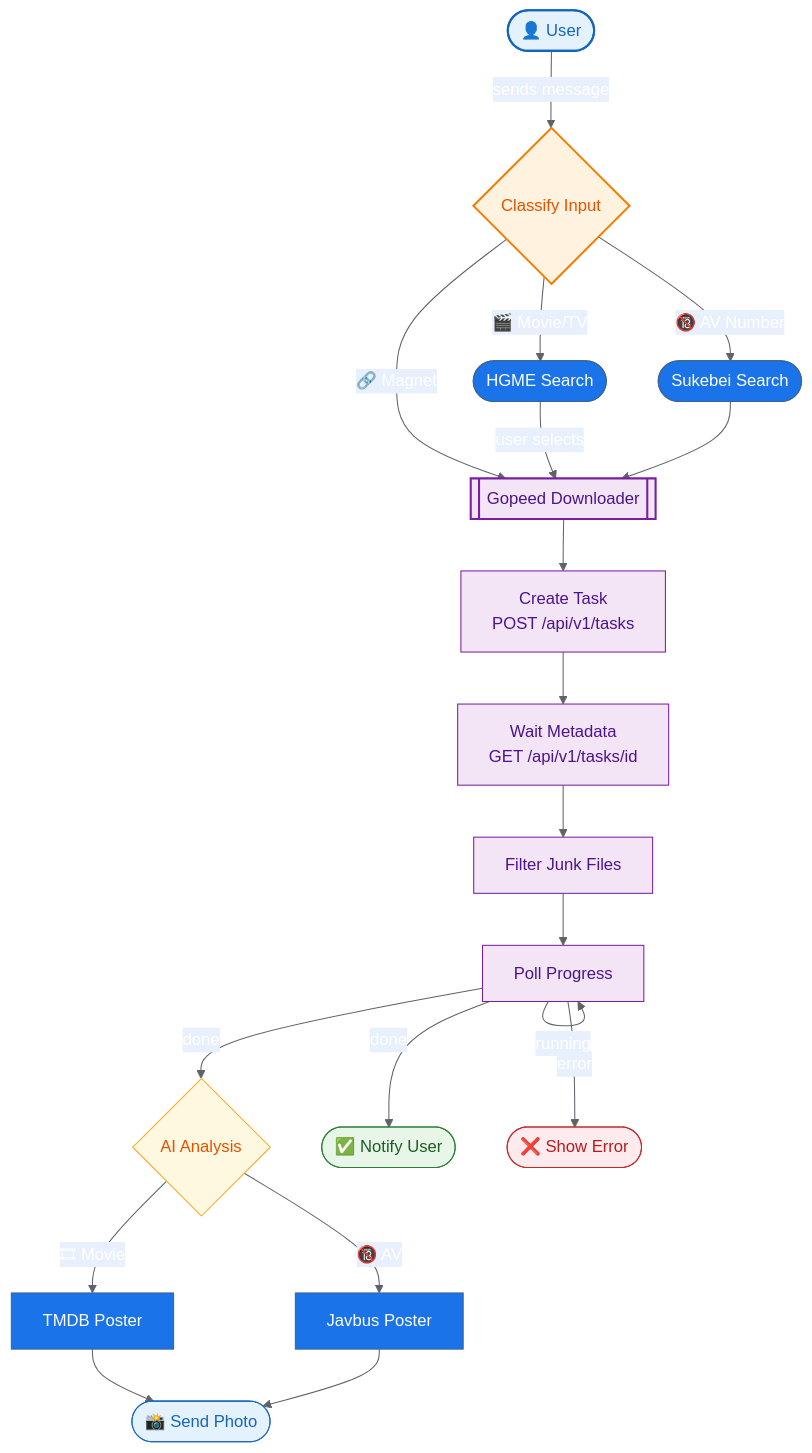
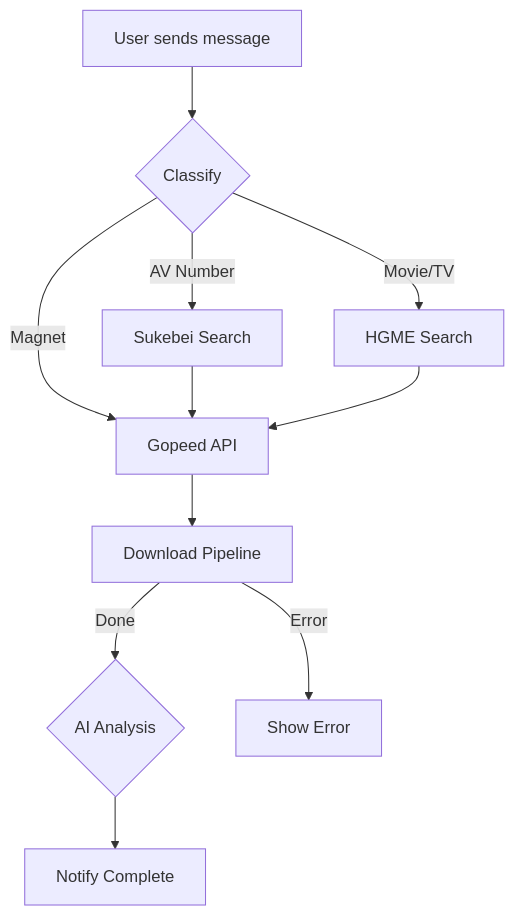
Before and after one commit to tianxia3111/tg-download-bot: the diagram in README.md, drawn with Mermaid.

Commit message:
docs: simplify mermaid diagram

````diff
--- a/README.md
+++ b/README.md
@@ -7,56 +7,23 @@
 ```mermaid
----
-config:
-  theme: base
-  themeVariables:
-    primaryColor: "#1a73e8"
-    primaryTextColor: "#fff"
-    lineColor: "#5f6368"
-    secondaryColor: "#e8f0fe"
-    tertiaryColor: "#f8f9fa"
----
 flowchart TD
-    U([👤 User])
-    C{Classify Input}
-    HG([HGME Search])
-    AV([Sukebei Search])
-    GP[[Gopeed Downloader]]
-    CR[Create Task<br/>POST /api/v1/tasks]
-    MD[Wait Metadata<br/>GET /api/v1/tasks/id]
-    FL[Filter Junk Files]
-    PO[Poll Progress]
+    U[User sends message]
+    C{Classify}
+    GP[Gopeed API]
+    SV[Sukebei Search]
+    HG[HGME Search]
+    DL[Download Pipeline]
     AI{AI Analysis}
-    TM[TMDB Poster]
-    JB[Javbus Poster]
-    PH([📸 Send Photo])
-    ED([✅ Notify User])
-    EF([❌ Show Error])
+    OK[Notify Complete]
+    ER[Show Error]
 
-    U -->|sends message| C
-    C -->|🔗 Magnet| GP
-    C -->|🔞 AV Number| AV
-    C -->|🎬 Movie/TV| HG
-    HG -->|user selects| GP
-    AV --> GP
-    GP --> CR --> MD --> FL --> PO
-    PO -->|running| PO
-    PO -->|done| AI
-    PO -->|error| EF
-    AI -->|🎞 Movie| TM
-    AI -->|🔞 AV| JB
-    TM --> PH
-    JB --> PH
-    PO -->|done| ED
-
-    style U fill:#e3f2fd,stroke:#1565c0,stroke-width:2px,color:#1565c0
-    style C fill:#fff3e0,stroke:#f57c00,stroke-width:2px,color:#e65100
-    style GP fill:#f3e5f5,stroke:#7b1fa2,stroke-width:2px,color:#4a148c
-    style AI fill:#fff8e1,stroke:#f9a825,color:#e65100
-    style PH fill:#e3f2fd,stroke:#1565c0,color:#1565c0
-    style ED fill:#e8f5e9,stroke:#2e7d32,color:#1b5e20
-    style EF fill:#ffebee,stroke:#c62828,color:#b71c1c
-    style CR fill:#f3e5f5,stroke:#7b1fa2,color:#4a148c
-    style MD fill:#f3e5f5,stroke:#7b1fa2,color:#4a148c
-    style FL fill:#f3e5f5,stroke:#7b1fa2,color:#4a148c
-    style PO fill:#f3e5f5,stroke:#7b1fa2,color:#4a148c
+    U --> C
+    C -->|Magnet| GP
+    C -->|AV Number| SV
+    C -->|Movie/TV| HG
+    SV --> GP
+    HG --> GP
+    GP --> DL
+    DL -->|Done| AI
+    DL -->|Error| ER
+    AI --> OK
 ```
````
